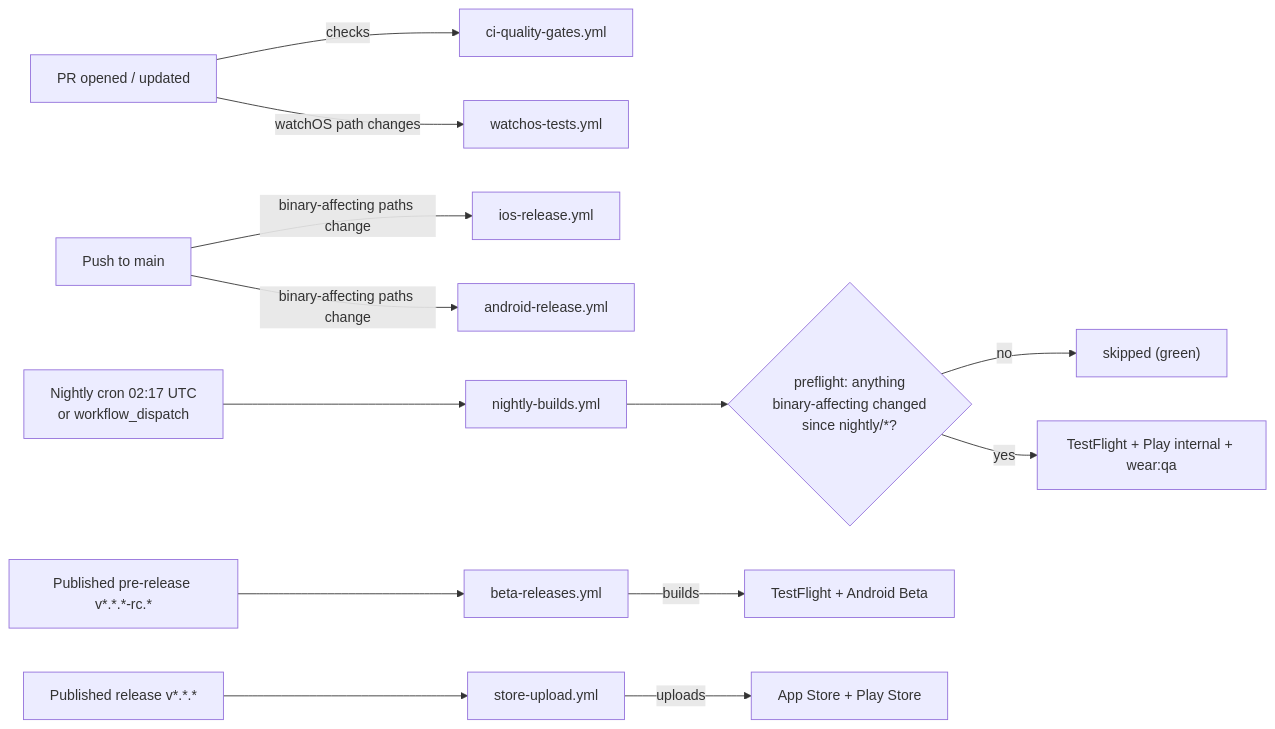
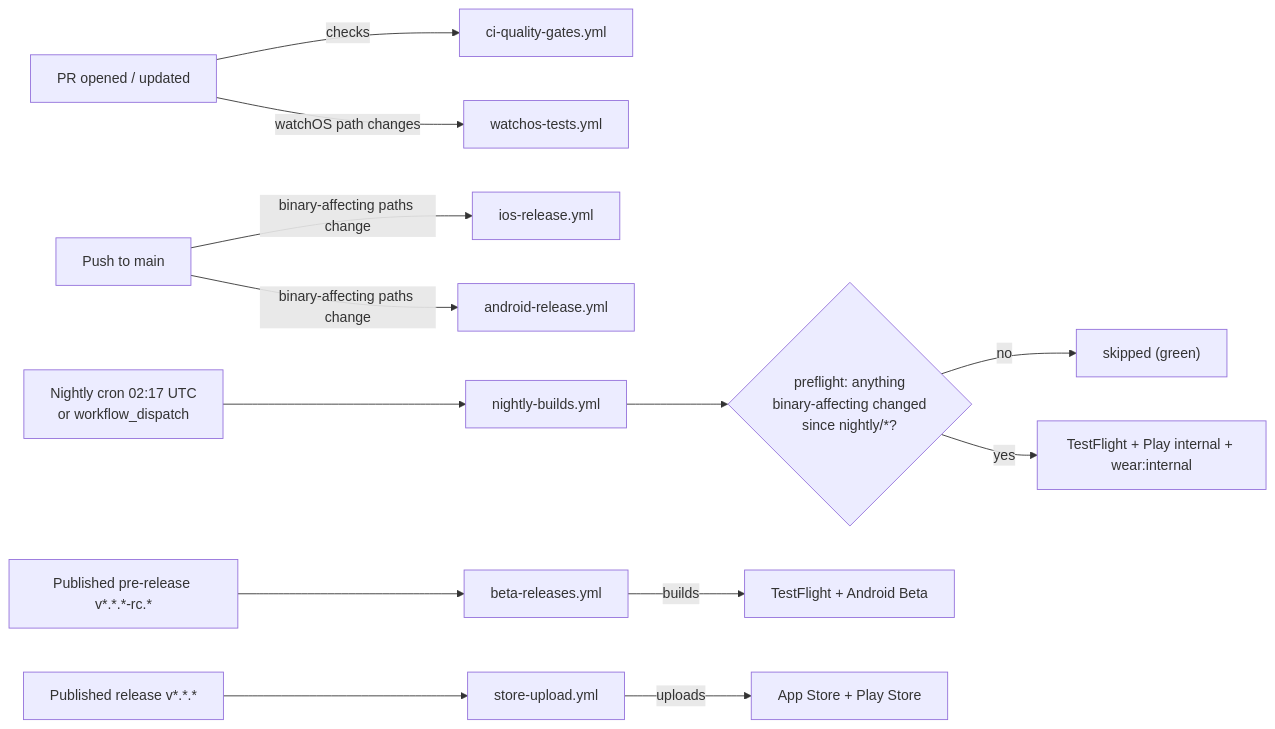
One commit to ifero/myLoyaltyCards changed the diagram in docs/cicd.md. Above: the diagram before and after it, drawn with Mermaid. The commit also changed other lines of this file and 18 other files, not shown here.

First line of the commit message:
fix(ci): send the nightly Wear AAB to wear:internal, not wear:qa (#226)

````diff
--- a/docs/cicd.md
+++ b/docs/cicd.md
@@ -33,15 +33,15 @@
 ```mermaid
 flowchart LR
   PR["PR opened / updated"] -->|checks| QG["ci-quality-gates.yml"]
   PR -->|watchOS path changes| WT["watchos-tests.yml"]
   PUSH["Push to main"] -->|binary-affecting paths change| IOSA["ios-release.yml"]
   PUSH -->|binary-affecting paths change| ANDA["android-release.yml"]
   RCREL["Published pre-release v*.*.*-rc.*"] --> BETA["beta-releases.yml"]
   RELREL["Published release v*.*.*"] --> STORE["store-upload.yml"]
   CRON["Nightly cron 02:17 UTC<br/>or workflow_dispatch"] --> NIGHTLY["nightly-builds.yml"]
   NIGHTLY --> PRE{"preflight: anything<br/>binary-affecting changed<br/>since nightly/*?"}
   PRE -->|no| SKIP["skipped (green)"]
-  PRE -->|yes| NB["TestFlight + Play internal + wear:qa"]
+  PRE -->|yes| NB["TestFlight + Play internal + wear:internal"]
   BETA -->|builds| TF["TestFlight + Android Beta"]
   STORE -->|uploads| STORE2["App Store + Play Store"]
 ```
````
